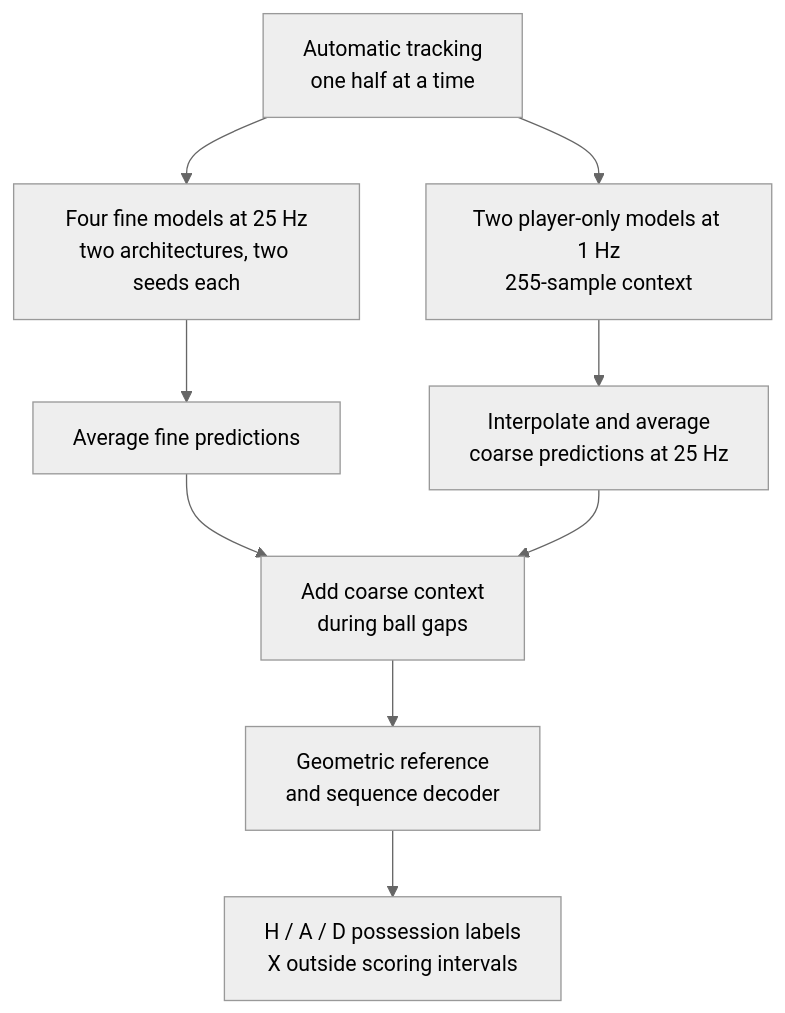
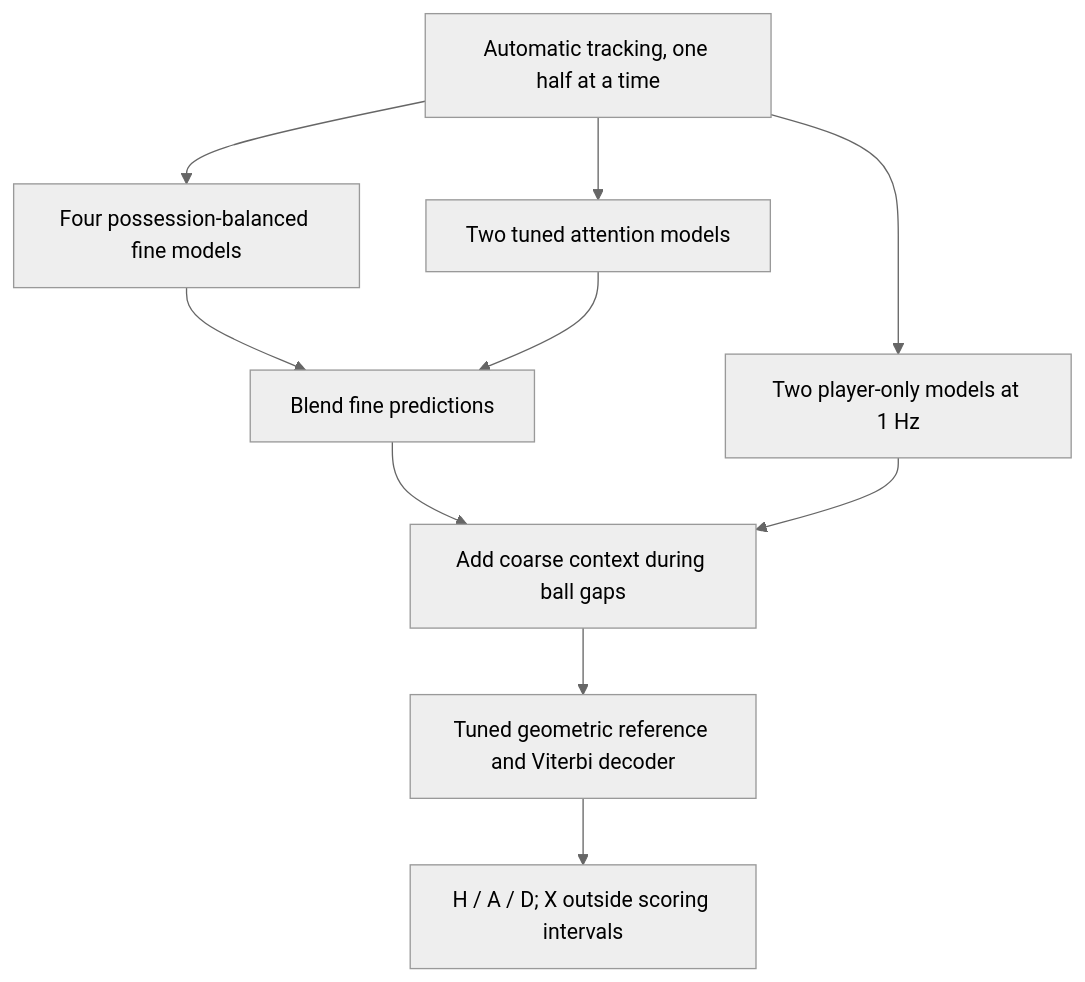
One commit to dimitrisppt/CY-DATA-TEAM-more-than-a-hack-2027 changed the diagram in README.md. Above: the diagram before and after it, drawn with Mermaid (neutral theme). The commit also changed other lines of this file and 66 other files, not shown here.

````diff
--- a/README.md
+++ b/README.md
@@ -100,13 +80,12 @@
 ```mermaid
 flowchart TB
-    accTitle: From automatic tracking to possession labels
-    accDescr: Each half is processed independently. Four fine models and two coarse models feed a missing-ball blend, followed by the reference and sequence decoder.
-    A["Automatic tracking<br/>one half at a time"] --> B["Four fine models at 25 Hz<br/>two architectures, two seeds each"]
-    A --> C["Two player-only models at 1 Hz<br/>255-sample context"]
-    B --> D["Average fine predictions"]
-    C --> E["Interpolate and average<br/>coarse predictions at 25 Hz"]
-    D --> F["Add coarse context<br/>during ball gaps"]
-    E --> F
-    F --> G["Geometric reference<br/>and sequence decoder"]
-    G --> H["H / A / D possession labels<br/>X outside scoring intervals"]
+    A["Automatic tracking, one half at a time"] --> B["Four possession-balanced fine models"]
+    A --> C["Two tuned attention models"]
+    A --> D["Two player-only models at 1 Hz"]
+    B --> E["Blend fine predictions"]
+    C --> E
+    E --> F["Add coarse context during ball gaps"]
+    D --> F
+    F --> G["Tuned geometric reference and Viterbi decoder"]
+    G --> H["H / A / D; X outside scoring intervals"]
 ```
````
